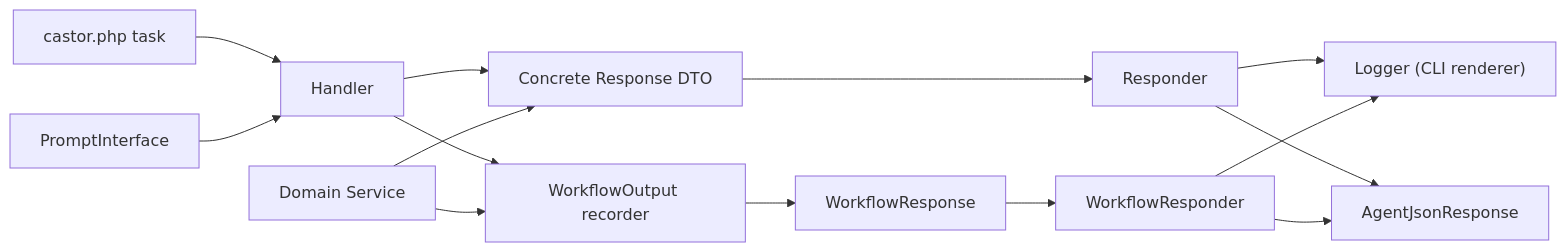
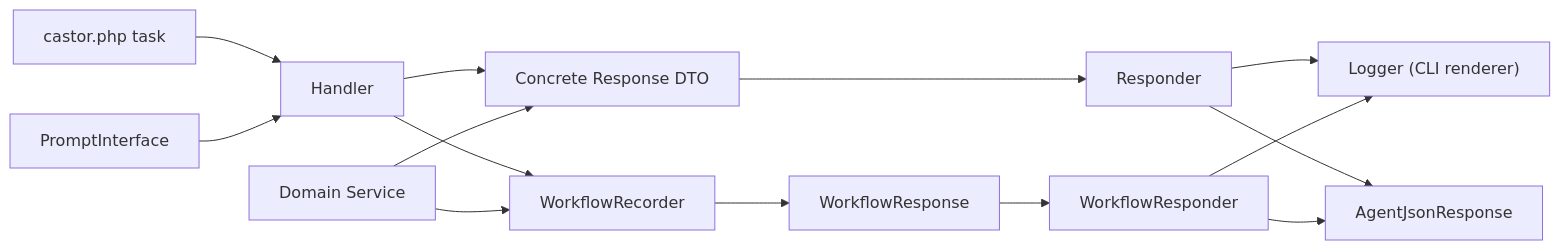
The diagram in CONVENTIONS.md (Studapart/stud-cli), drawn with Mermaid before and after one commit. The commit also changed other lines of this file and 68 other files, not shown here.

````diff
--- a/CONVENTIONS.md
+++ b/CONVENTIONS.md
@@ -92,16 +92,16 @@
 ```mermaid
 flowchart LR
   castor["castor.php task"] --> handler["Handler"]
   prompt["PromptInterface"] --> handler
   handler --> response["Concrete Response DTO"]
-  handler --> workflowOutput["WorkflowOutput recorder"]
+  handler --> workflowRecorder["WorkflowRecorder"]
   service["Domain Service"] --> response
-  service --> workflowOutput
-  workflowOutput --> workflowResponse["WorkflowResponse"]
+  service --> workflowRecorder
+  workflowRecorder --> workflowResponse["WorkflowResponse"]
   response --> responder["Responder"]
   workflowResponse --> workflowResponder["WorkflowResponder"]
   responder --> logger["Logger (CLI renderer)"]
   workflowResponder --> logger
   responder --> agentJson["AgentJsonResponse"]
   workflowResponder --> agentJson
 ```
````
